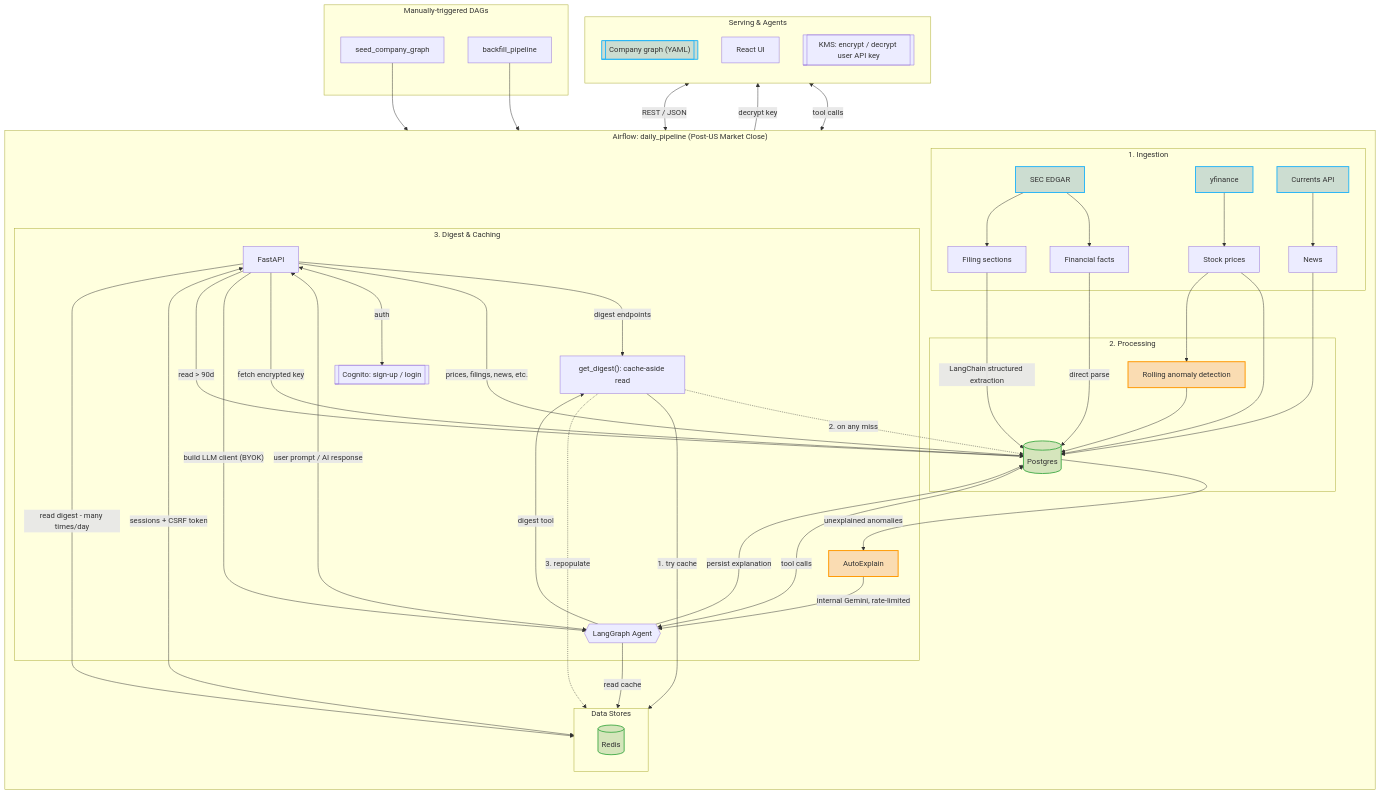
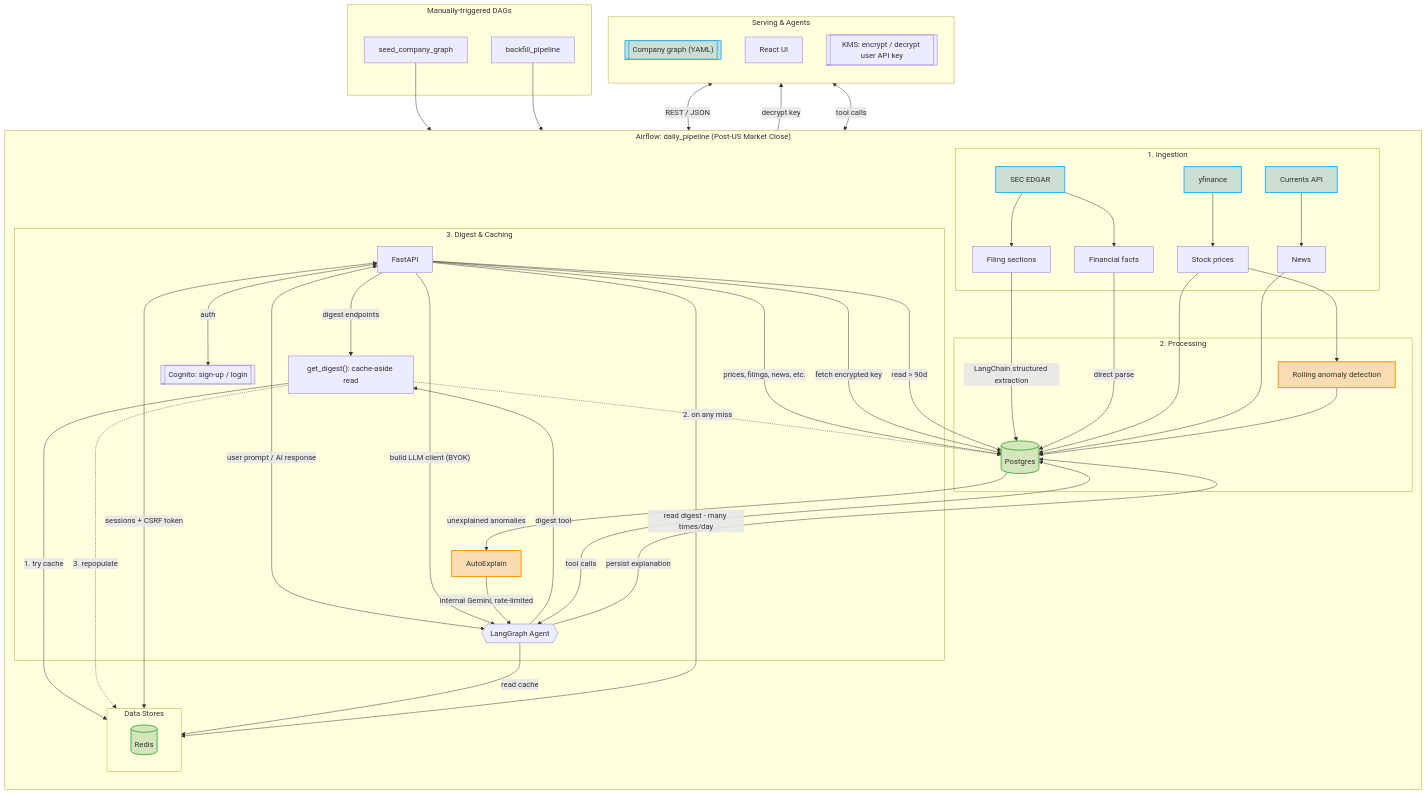
One commit to RuiDavid5b/yield-line changed the first of 2 diagrams in README.md. Above: the diagram before and after it, drawn with Mermaid.

Commit message:
update diagram

```diff
--- a/README.md
+++ b/README.md
@@ -76,7 +76,7 @@
         end
 
         subgraph Processing["2. Processing"]
-            Sections -->|"LangChain structured extraction"| PG[(Postgres)]
+            Sections -->|"LangChain structured extraction"| PG
             XBRL -->|"direct parse"| PG
             Prices --> PG
             NewsData --> PG
@@ -85,12 +85,11 @@
 
         subgraph Databases["Data Stores"]
             direction LR
-            PG[(Postgres)] ~~~ Redis[(Redis)]
+            PG[(Postgres)]
+            Redis[(Redis)]
         end
 
         subgraph Analytics["3. Digest & Caching"]
-            Redis[(Redis)]
-
             GetDigest["get_digest(): cache-aside read"]
 
             API -->|"digest endpoints"| GetDigest
```
